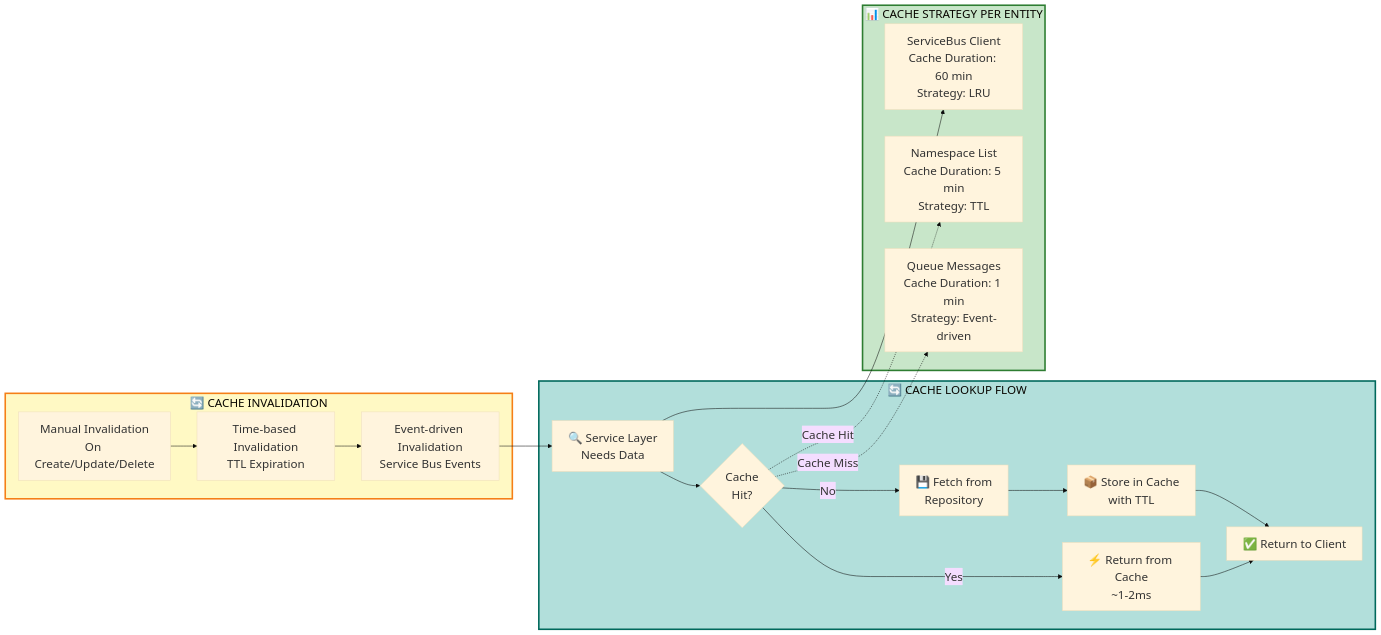
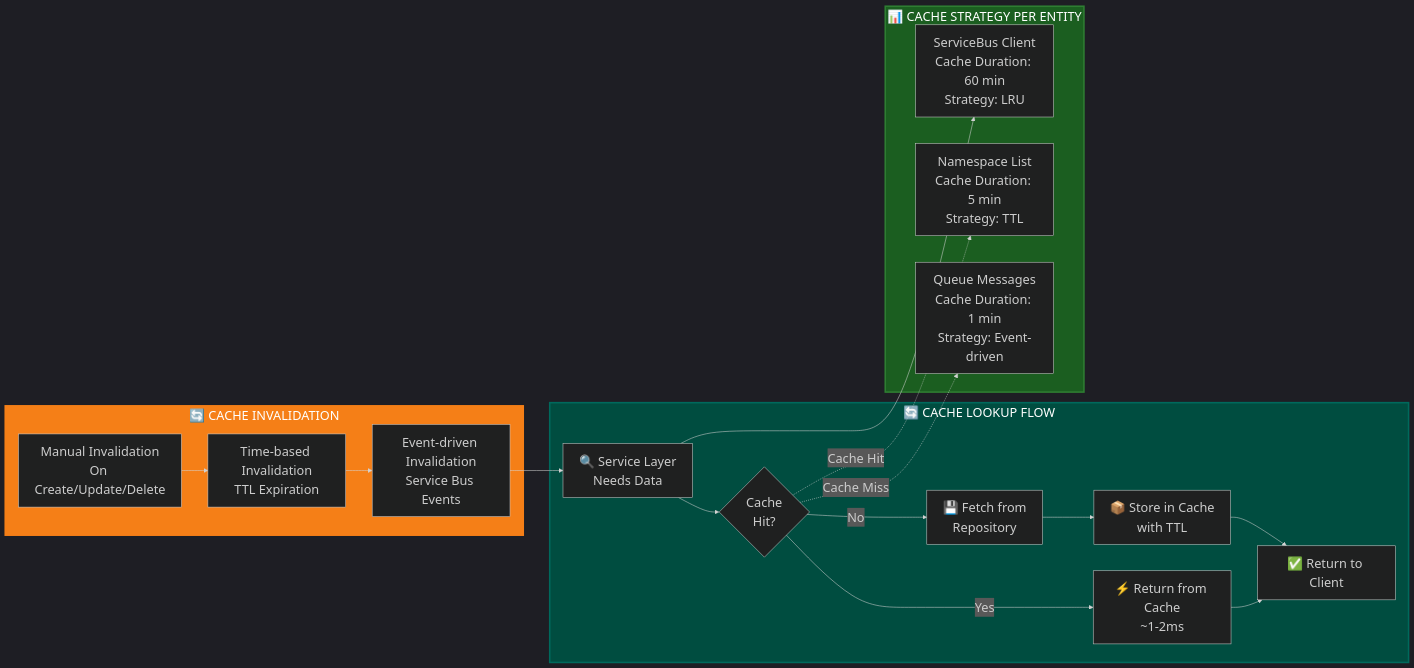
One commit to debdevops/servicehub changed the tenth of 12 diagrams in services/api/ARCHITECTURE.md. Above: the diagram before and after it, drawn with Mermaid. The commit also changed other lines of this file, not shown here.

Commit message:
Update Text and foreground color

````diff
--- a/services/api/ARCHITECTURE.md
+++ b/services/api/ARCHITECTURE.md
@@ -555,35 +576,35 @@
 ```mermaid
-%%{init: {'theme':'base', 'themeVariables': { 'fontSize':'22px'}}}%%
+%%{init: {'theme':'dark', 'themeVariables': { 'fontSize':'24px', 'primaryTextColor':'#ffffff'}}}%%
 graph LR
     subgraph Request_Flow["🔄 CACHE LOOKUP FLOW"]
         A["🔍 Service Layer<br/>Needs Data"] --> B{Cache<br/>Hit?}
         B -->|Yes| C["⚡ Return from Cache<br/>~1-2ms"]
         B -->|No| D["💾 Fetch from<br/>Repository"]
         D --> E["📦 Store in Cache<br/>with TTL"]
         E --> F["✅ Return to Client"]
         C --> F
     end
 
     subgraph Cache_Types["📊 CACHE STRATEGY PER ENTITY"]
         G["ServiceBus Client<br/>Cache Duration: 60 min<br/>Strategy: LRU"]
         H["Namespace List<br/>Cache Duration: 5 min<br/>Strategy: TTL"]
         I["Queue Messages<br/>Cache Duration: 1 min<br/>Strategy: Event-driven"]
     end
 
     subgraph Invalidation["🔄 CACHE INVALIDATION"]
         J["Manual Invalidation<br/>On Create/Update/Delete"]
         K["Time-based Invalidation<br/>TTL Expiration"]
         L["Event-driven Invalidation<br/>Service Bus Events"]
     end
 
     A --> G
     B -.->|"Cache Hit"| H
     B -.->|"Cache Miss"| I
     J --> K
     K --> L
     L --> A
 
-    style Request_Flow fill:#b2dfdb,stroke:#00695c,stroke-width:3px
-    style Cache_Types fill:#c8e6c9,stroke:#2e7d32,stroke-width:3px
-    style Invalidation fill:#fff9c4,stroke:#f57f17,stroke-width:3px
+    style Request_Flow fill:#004d40,stroke:#00695c,stroke-width:3px,color:#fff
+    style Cache_Types fill:#1b5e20,stroke:#2e7d32,stroke-width:3px,color:#fff
+    style Invalidation fill:#f57f17,stroke:#f57f17,stroke-width:3px,color:#fff
 ```
````
